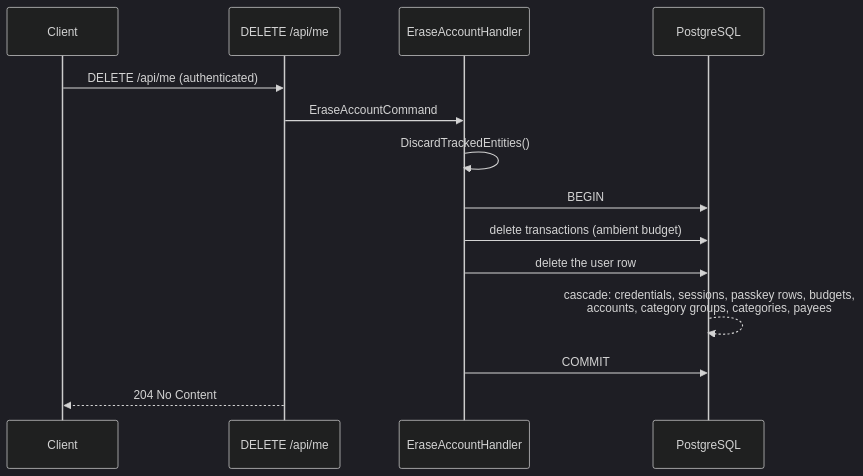
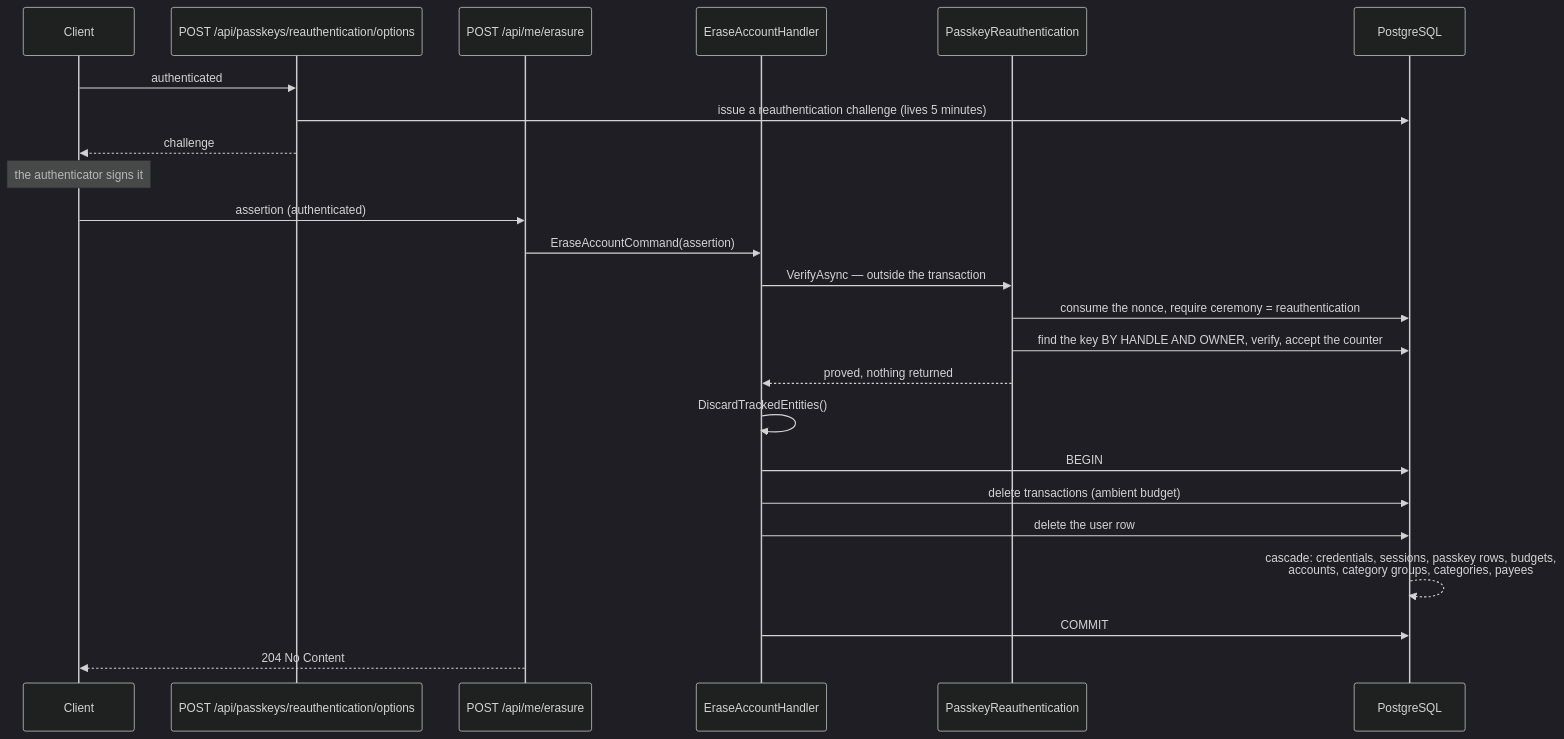
The second of 2 diagrams in docs/business-logic/erasure.md (anton-kochev/budgetoid), drawn with Mermaid (dark theme) before and after one commit. The commit also changed other lines of this file and 29 other files, not shown here.

````diff
--- a/docs/business-logic/erasure.md
+++ b/docs/business-logic/erasure.md
@@ -210,17 +285,27 @@
 ```mermaid
 sequenceDiagram
     participant C as Client
-    participant A as DELETE /api/me
+    participant O as POST /api/passkeys/reauthentication/options
+    participant A as POST /api/me/erasure
     participant H as EraseAccountHandler
+    participant G as PasskeyReauthentication
     participant D as PostgreSQL
 
-    C->>A: DELETE /api/me (authenticated)
-    A->>H: EraseAccountCommand
+    C->>O: authenticated
+    O->>D: issue a reauthentication challenge (lives 5 minutes)
+    O-->>C: challenge
+    Note over C: the authenticator signs it
+    C->>A: assertion (authenticated)
+    A->>H: EraseAccountCommand(assertion)
+    H->>G: VerifyAsync — outside the transaction
+    G->>D: consume the nonce, require ceremony = reauthentication
+    G->>D: find the key BY HANDLE AND OWNER, verify, accept the counter
+    G-->>H: proved, nothing returned
     H->>H: DiscardTrackedEntities()
     H->>D: BEGIN
     H->>D: delete transactions (ambient budget)
     H->>D: delete the user row
     D-->>D: cascade: credentials, sessions, passkey rows, budgets,<br/>accounts, category groups, categories, payees
     H->>D: COMMIT
     A-->>C: 204 No Content
 ```
````
